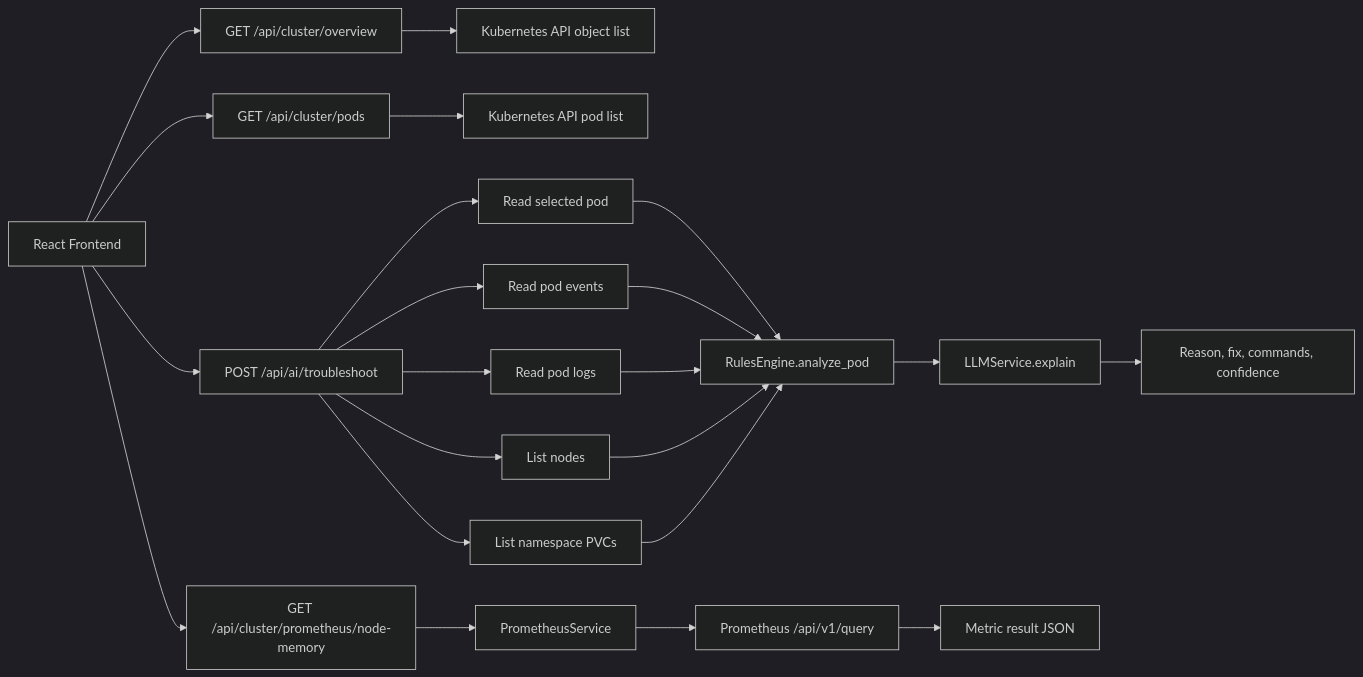
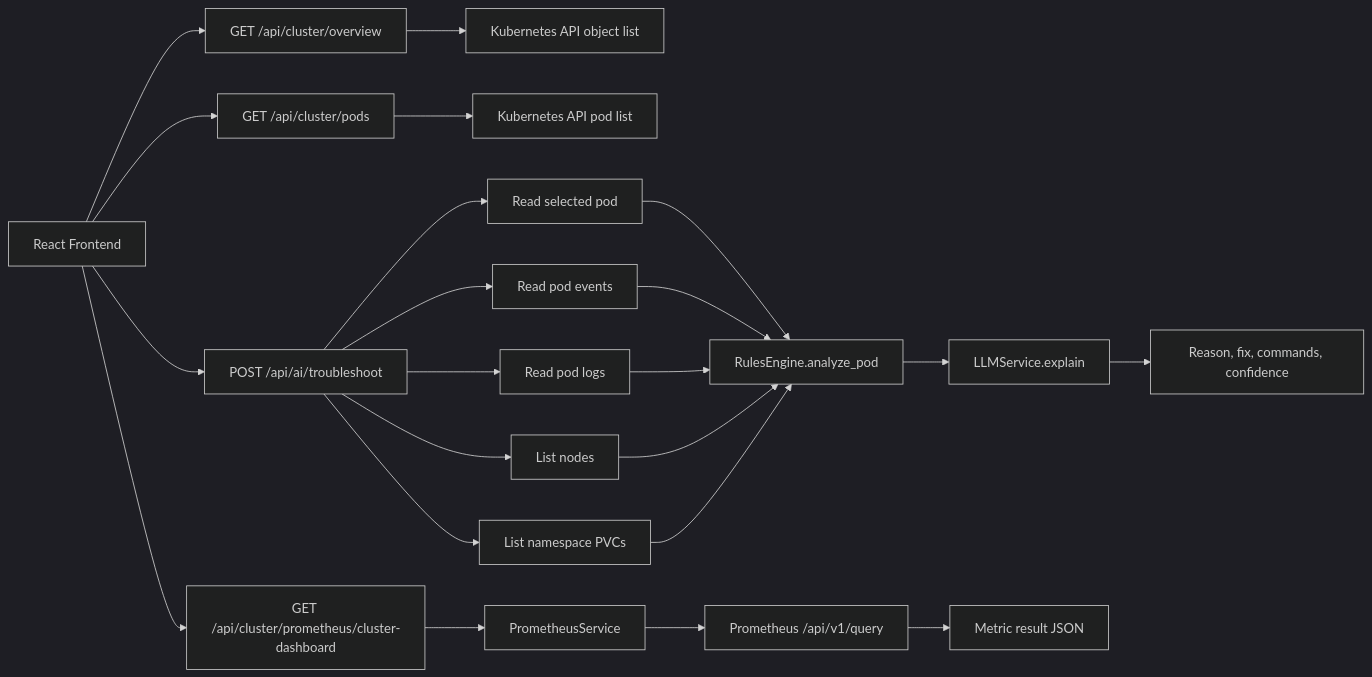
Before and after one commit to rahultiple31/k8s-ai-troubleshooter: the second of 5 diagrams in docs/OBSERVABILITY_AND_APP_FLOW.md, drawn with Mermaid (dark theme). The commit also changed other lines of this file and 3 other files, not shown here.

````diff
--- a/docs/OBSERVABILITY_AND_APP_FLOW.md
+++ b/docs/OBSERVABILITY_AND_APP_FLOW.md
@@ -38,29 +38,29 @@
 ```mermaid
 flowchart LR
     ui[React Frontend] --> overview[GET /api/cluster/overview]
     ui --> pods[GET /api/cluster/pods]
     ui --> troubleshoot[POST /api/ai/troubleshoot]
-    ui --> prom[GET /api/cluster/prometheus/node-memory]
+    ui --> prom[GET /api/cluster/prometheus/cluster-dashboard]
 
     overview --> k8sObjects[Kubernetes API object list]
     pods --> k8sPods[Kubernetes API pod list]
 
     troubleshoot --> podRead[Read selected pod]
     troubleshoot --> eventRead[Read pod events]
     troubleshoot --> logRead[Read pod logs]
     troubleshoot --> nodeRead[List nodes]
     troubleshoot --> pvcRead[List namespace PVCs]
 
     podRead --> rules[RulesEngine.analyze_pod]
     eventRead --> rules
     logRead --> rules
     nodeRead --> rules
     pvcRead --> rules
 
     rules --> llm[LLMService.explain]
     llm --> answer[Reason, fix, commands, confidence]
 
     prom --> prometheusService[PrometheusService]
     prometheusService --> prometheusApi[Prometheus /api/v1/query]
     prometheusApi --> metricResult[Metric result JSON]
 ```
````
